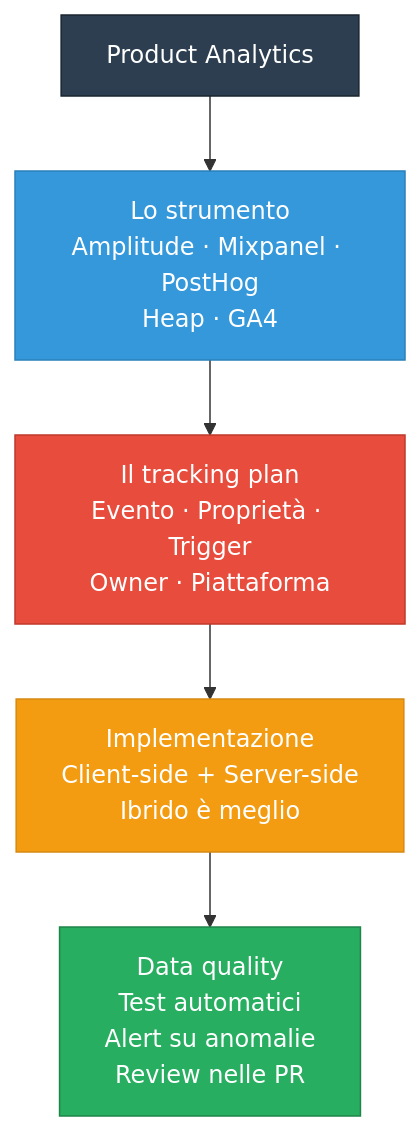
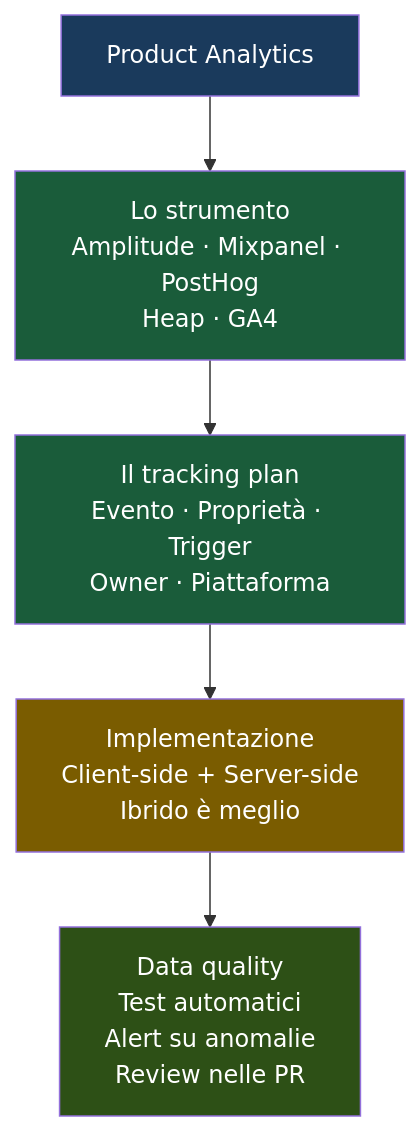
The fourth of 4 diagrams in src/content/corso/analisi-prodotto/strumenti-product-analytics.mdx (AndreyBertasini/gynnitech), drawn with Mermaid before and after one commit. The commit also changed other lines of this file and 21 other files, not shown here.

First line of the commit message:
style: applica color scheme semantico a tutti i diagrammi Mermaid del corso

````diff
--- a/src/content/corso/analisi-prodotto/strumenti-product-analytics.mdx
+++ b/src/content/corso/analisi-prodotto/strumenti-product-analytics.mdx
@@ -222,12 +233,12 @@
 ```mermaid
 graph TD
     START["Product Analytics"] --> TOOL["Lo strumento\nAmplitude · Mixpanel · PostHog\nHeap · GA4"]
     TOOL --> PLAN["Il tracking plan\nEvento · Proprietà · Trigger\nOwner · Piattaforma"]
     PLAN --> IMPL["Implementazione\nClient-side + Server-side\nIbrido è meglio"]
     IMPL --> QUALITY["Data quality\nTest automatici\nAlert su anomalie\nReview nelle PR"]
-    style START fill:#2c3e50,stroke:#1a252f,color:#fff
-    style TOOL fill:#3498db,stroke:#2980b9,color:#fff
-    style PLAN fill:#e74c3c,stroke:#c0392b,color:#fff
-    style IMPL fill:#f39c12,stroke:#d68910,color:#fff
-    style QUALITY fill:#27ae60,stroke:#1e8449,color:#fff
+    style START fill:#1a3a5c,color:#ffffff
+    style TOOL fill:#1a5c3a,color:#ffffff
+    style PLAN fill:#1a5c3a,color:#ffffff
+    style IMPL fill:#7a5c00,color:#ffffff
+    style QUALITY fill:#2d5016,color:#ffffff
 ```
````
